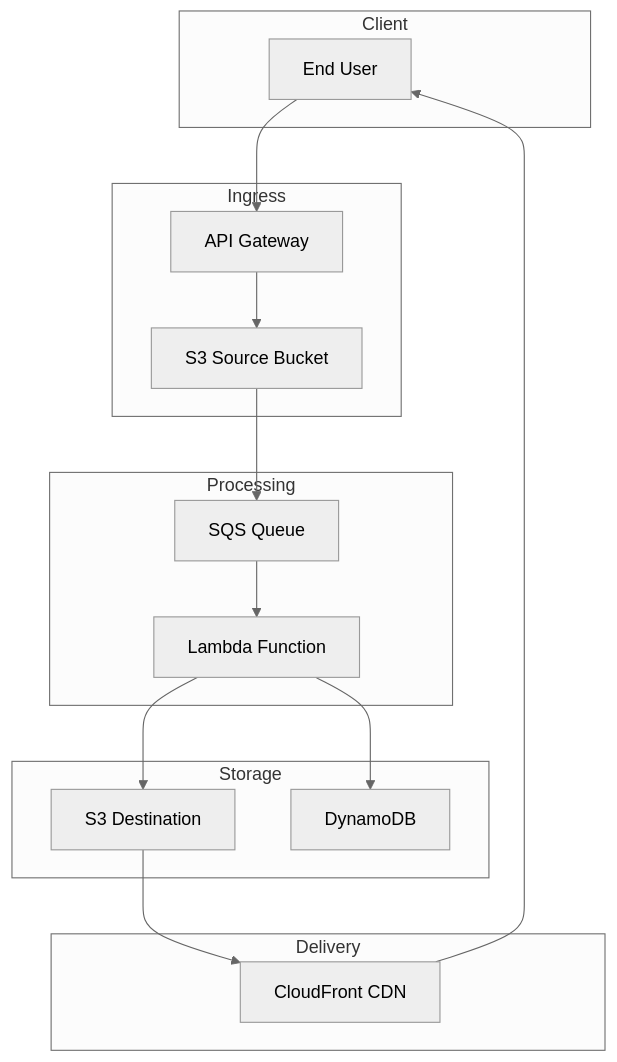
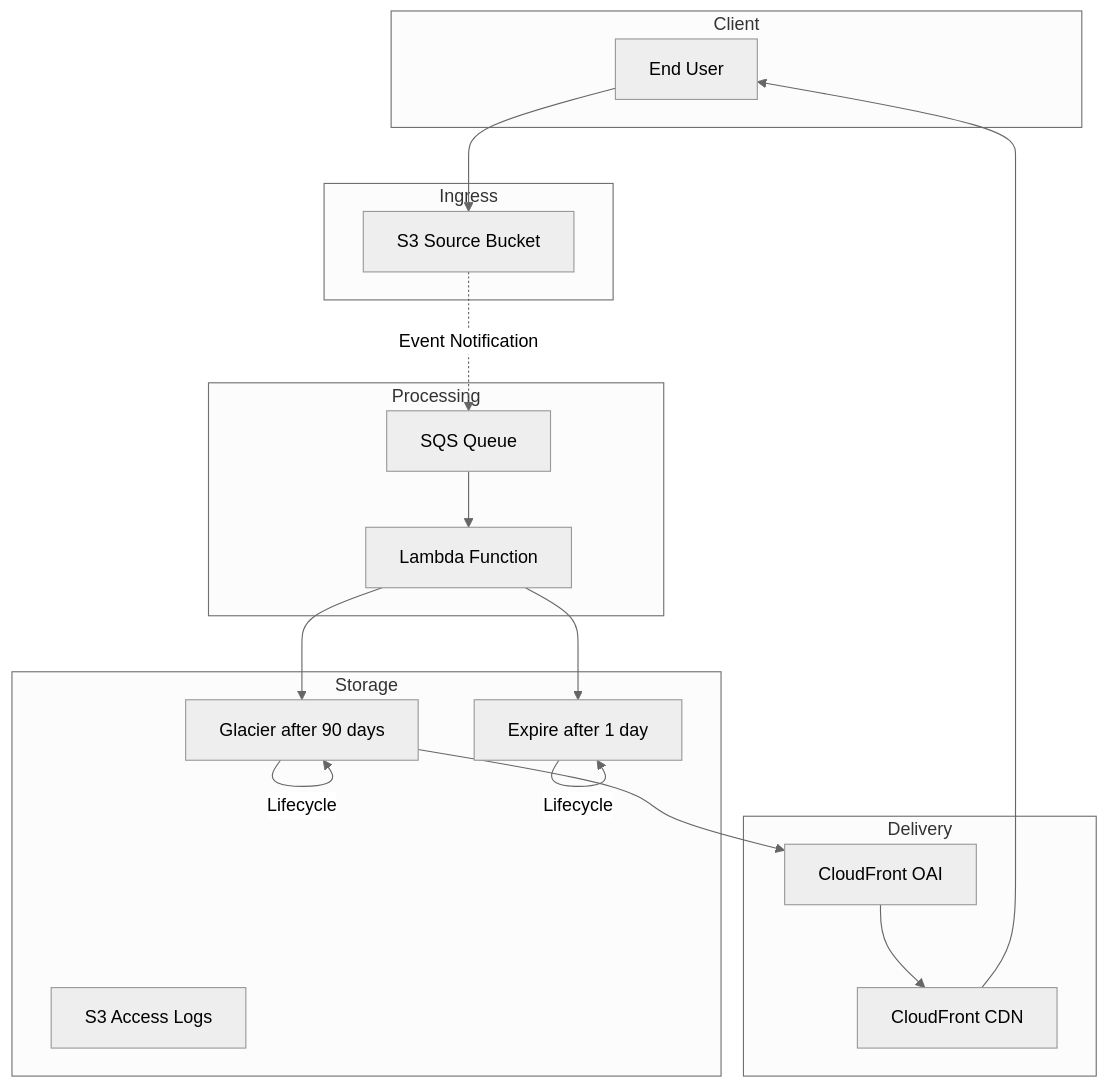
Before and after one commit to GibzB/Manara-Project-Solutions-Architect: the diagram in PROJECT_REPORT.md, drawn with Mermaid (neutral theme). The commit also changed other lines of this file, not shown here.

````diff
--- a/PROJECT_REPORT.md
+++ b/PROJECT_REPORT.md
@@ -145,34 +148,37 @@
 ```mermaid
 graph TB
     subgraph Client
         User[End User]
     end
     
     subgraph Ingress
-        APIGateway[API Gateway]
         SourceBucket[S3 Source Bucket]
     end
     
     subgraph Processing
         SQS[SQS Queue]
         Lambda[Lambda Function]
     end
     
     subgraph Storage
         DestBucket[S3 Destination]
-        DynamoDB[DynamoDB]
+        TempBucket[S3 Temp Bucket]
+        LogsBucket[S3 Access Logs]
     end
     
     subgraph Delivery
+        OAI[CloudFront OAI]
         CloudFront[CloudFront CDN]
     end
     
-    User --> APIGateway
-    APIGateway --> SourceBucket
-    SourceBucket --> SQS
+    User --> SourceBucket
+    SourceBucket -.->|Event Notification| SQS
     SQS --> Lambda
     Lambda --> DestBucket
-    Lambda --> DynamoDB
-    DestBucket --> CloudFront
+    Lambda --> TempBucket
+    DestBucket --> OAI
+    OAI --> CloudFront
     CloudFront --> User
+    DestBucket -->|Lifecycle| DestBucket[Glacier after 90 days]
+    TempBucket -->|Lifecycle| TempBucket[Expire after 1 day]
 ```
````
